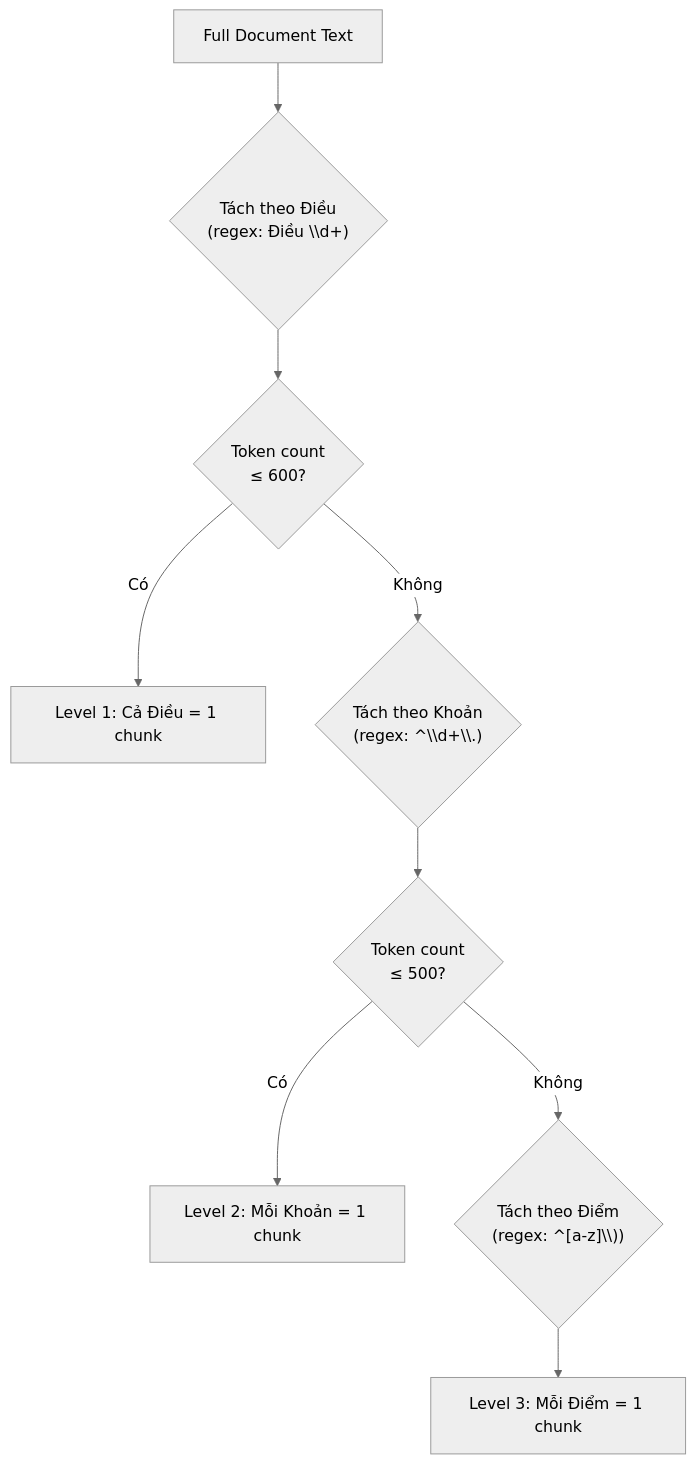
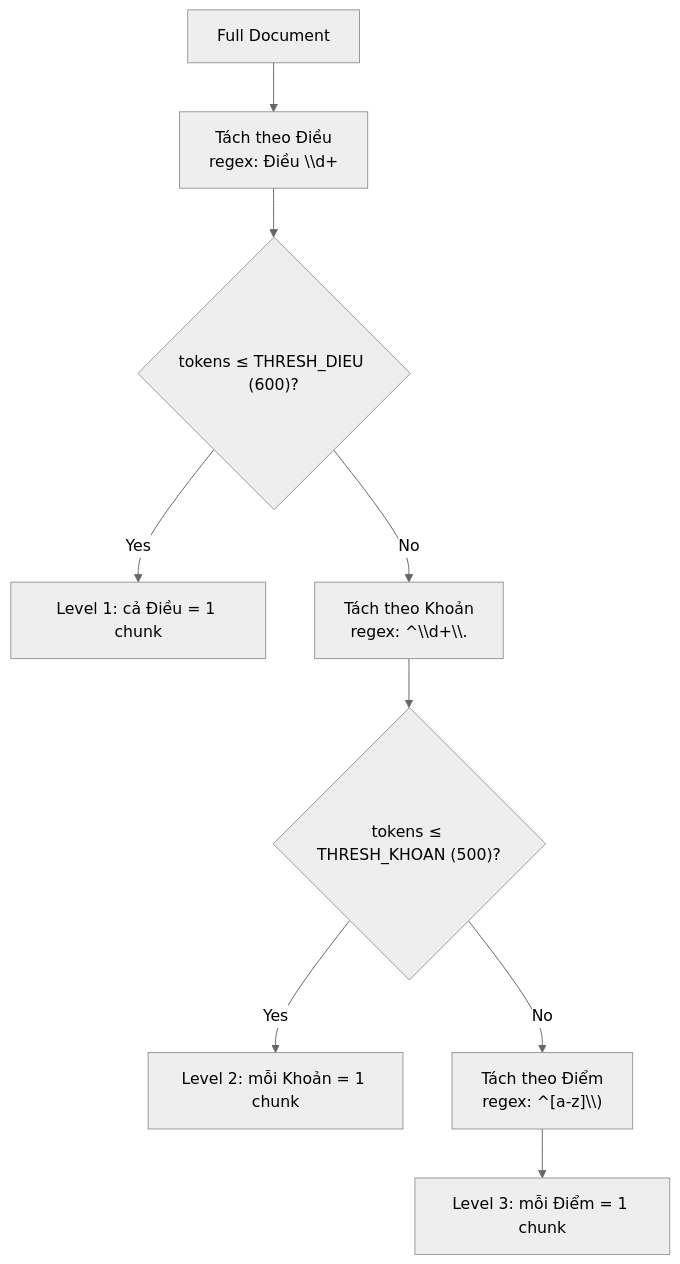
One commit to MacPhuPhong/TRAFFIC_LAW_LLM_RAG_AGENTIC changed the second of 4 diagrams in doc/bao_cao_he_thong.md. Above: the diagram before and after it, drawn with Mermaid (neutral theme). The commit also changed other lines of this file and 3 other files, not shown here.

````diff
--- a/doc/bao_cao_he_thong.md
+++ b/doc/bao_cao_he_thong.md
@@ -202,11 +228,11 @@
 ```mermaid
 graph TD
-    A["Full Document Text"] --> B{"Tách theo Điều<br>(regex: Điều \\d+)"}
-    B --> C{"Token count<br>≤ 600?"}
-    C -->|Có| D["Level 1: Cả Điều = 1 chunk"]
-    C -->|Không| E{"Tách theo Khoản<br>(regex: ^\\d+\\.)"}
-    E --> F{"Token count<br>≤ 500?"}
-    F -->|Có| G["Level 2: Mỗi Khoản = 1 chunk"]
-    F -->|Không| H{"Tách theo Điểm<br>(regex: ^[a-z]\\))"}
-    H --> I["Level 3: Mỗi Điểm = 1 chunk"]
+    A["Full Document"] --> B["Tách theo Điều<br>regex: Điều \\d+"]
+    B --> C{"tokens ≤ THRESH_DIEU (600)?"}
+    C -->|Yes| D["Level 1: cả Điều = 1 chunk"]
+    C -->|No| E["Tách theo Khoản<br>regex: ^\\d+\\."]
+    E --> F{"tokens ≤ THRESH_KHOAN (500)?"}
+    F -->|Yes| G["Level 2: mỗi Khoản = 1 chunk"]
+    F -->|No| H["Tách theo Điểm<br>regex: ^[a-z]\\)"]
+    H --> I["Level 3: mỗi Điểm = 1 chunk"]
 ```
````
